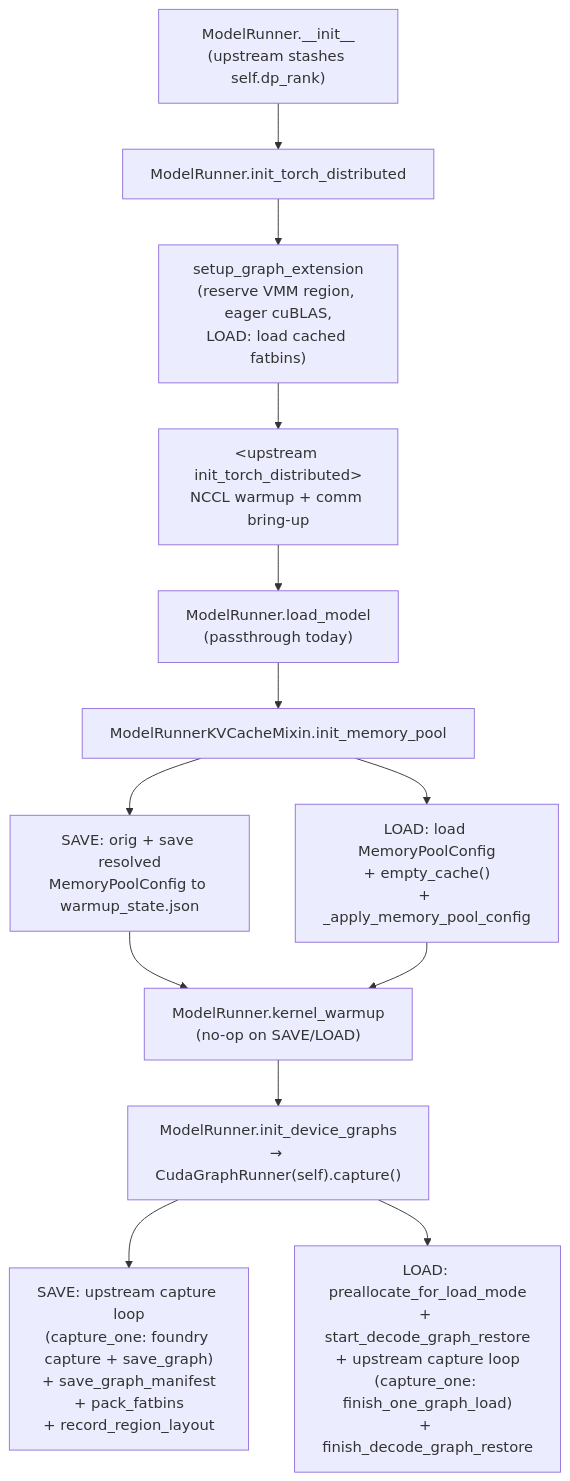
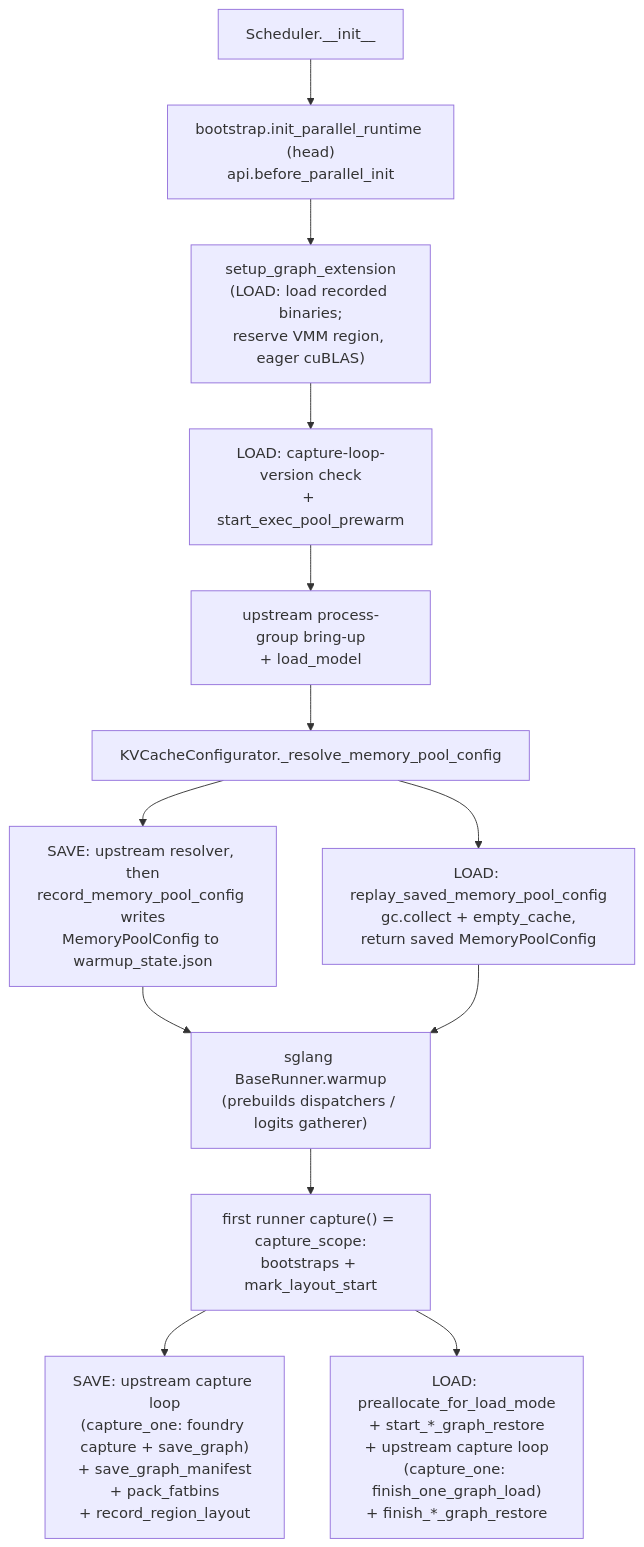
The diagram in docs/sglang/memory-lifecycle.md (foundry-org/foundry), drawn with Mermaid before and after one commit. The commit also changed other lines of this file and 13 other files, not shown here.

````diff
--- a/docs/sglang/memory-lifecycle.md
+++ b/docs/sglang/memory-lifecycle.md
@@ -25,26 +29,26 @@
 ```mermaid
 flowchart TD
-    INIT["ModelRunner.__init__<br/>(upstream stashes self.dp_rank)"]
-    TORCH["ModelRunner.init_torch_distributed"]
-    TORCH_PRE["setup_graph_extension<br/>(reserve VMM region, eager cuBLAS,<br/>LOAD: load cached fatbins)"]
-    TORCH_ORIG["&lt;upstream init_torch_distributed&gt;<br/>NCCL warmup + comm bring-up"]
-    LOAD_MODEL["ModelRunner.load_model<br/>(passthrough today)"]
-    POOL["ModelRunnerKVCacheMixin.init_memory_pool"]
-    POOL_SAVE["SAVE: orig + save resolved<br/>MemoryPoolConfig to warmup_state.json"]
-    POOL_LOAD["LOAD: load MemoryPoolConfig<br/>+ empty_cache()<br/>+ _apply_memory_pool_config"]
-    KWARM["ModelRunner.kernel_warmup<br/>(no-op on SAVE/LOAD)"]
-    GRAPHS["ModelRunner.init_device_graphs<br/>→ CudaGraphRunner(self).capture()"]
+    INIT["Scheduler.__init__"]
+    TORCH["bootstrap.init_parallel_runtime (head)<br/>api.before_parallel_init"]
+    TORCH_PRE["setup_graph_extension<br/>(LOAD: load recorded binaries;<br/>reserve VMM region, eager cuBLAS)"]
+    PREWARM["LOAD: capture-loop-version check<br/>+ start_exec_pool_prewarm"]
+    TORCH_ORIG["upstream process-group bring-up<br/>+ load_model"]
+    POOL["KVCacheConfigurator._resolve_memory_pool_config"]
+    POOL_SAVE["SAVE: upstream resolver, then<br/>record_memory_pool_config writes<br/>MemoryPoolConfig to warmup_state.json"]
+    POOL_LOAD["LOAD: replay_saved_memory_pool_config<br/>gc.collect + empty_cache,<br/>return saved MemoryPoolConfig"]
+    WARM["sglang BaseRunner.warmup<br/>(prebuilds dispatchers / logits gatherer)"]
+    GRAPHS["first runner capture() = capture_scope:<br/>bootstraps + mark_layout_start"]
     SAVE_CAP["SAVE: upstream capture loop<br/>(capture_one: foundry capture + save_graph)<br/>+ save_graph_manifest<br/>+ pack_fatbins<br/>+ record_region_layout"]
-    LOAD_CAP["LOAD: preallocate_for_load_mode<br/>+ start_decode_graph_restore<br/>+ upstream capture loop<br/>(capture_one: finish_one_graph_load)<br/>+ finish_decode_graph_restore"]
+    LOAD_CAP["LOAD: preallocate_for_load_mode<br/>+ start_*_graph_restore<br/>+ upstream capture loop<br/>(capture_one: finish_one_graph_load)<br/>+ finish_*_graph_restore"]
 
     INIT --> TORCH
-    TORCH --> TORCH_PRE --> TORCH_ORIG
-    TORCH_ORIG --> LOAD_MODEL --> POOL
+    TORCH --> TORCH_PRE --> PREWARM --> TORCH_ORIG
+    TORCH_ORIG --> POOL
     POOL --> POOL_SAVE
     POOL --> POOL_LOAD
-    POOL_SAVE --> KWARM
-    POOL_LOAD --> KWARM
-    KWARM --> GRAPHS
+    POOL_SAVE --> WARM
+    POOL_LOAD --> WARM
+    WARM --> GRAPHS
     GRAPHS --> SAVE_CAP
     GRAPHS --> LOAD_CAP
 ```
````
